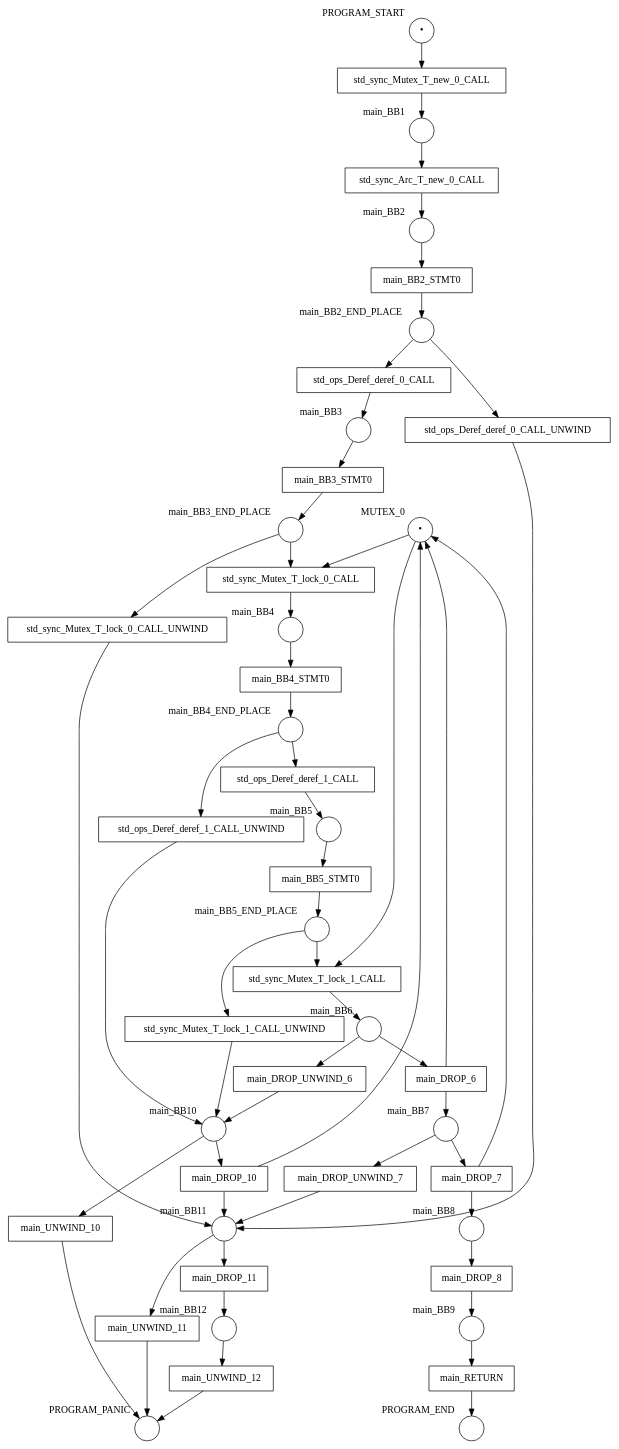
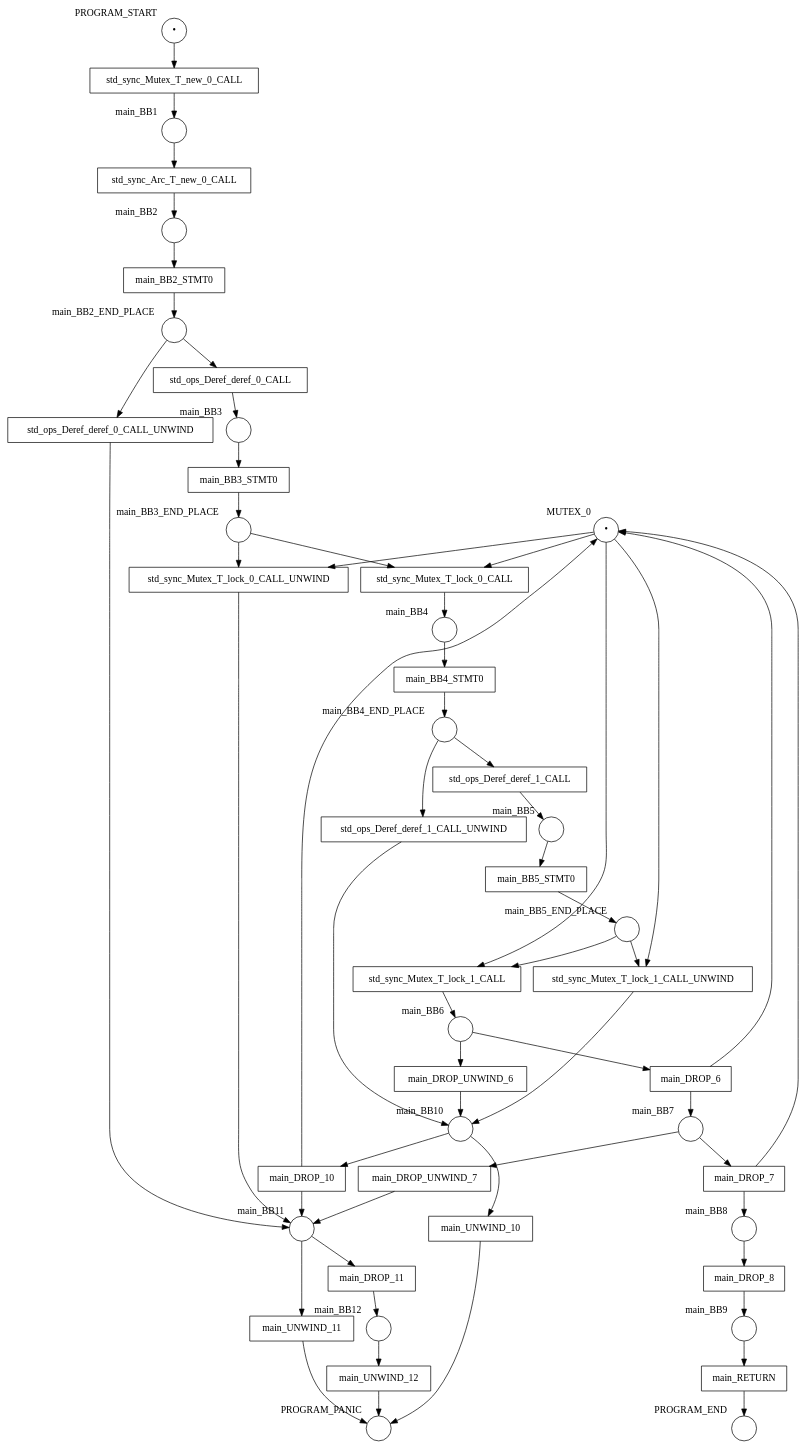
The diagram in examples/results/mutex/double_lock_deadlock_with_arc/net.dot (hlisdero/cargo-check-deadlock), drawn with Graphviz before and after one commit. The commit also changed 20 other files, not shown here.

First line of the commit message:
Fix bug: Connect the mutex to the cleanup transition of the `lock` function

```diff
--- a/examples/results/mutex/double_lock_deadlock_with_arc/net.dot
+++ b/examples/results/mutex/double_lock_deadlock_with_arc/net.dot
@@ -1,102 +1,104 @@
 digraph petrinet {
     MUTEX_0 [shape="circle" xlabel="MUTEX_0" label="•"];
     PROGRAM_END [shape="circle" xlabel="PROGRAM_END" label=""];
     PROGRAM_PANIC [shape="circle" xlabel="PROGRAM_PANIC" label=""];
     PROGRAM_START [shape="circle" xlabel="PROGRAM_START" label="•"];
     main_BB1 [shape="circle" xlabel="main_BB1" label=""];
     main_BB10 [shape="circle" xlabel="main_BB10" label=""];
     main_BB11 [shape="circle" xlabel="main_BB11" label=""];
     main_BB12 [shape="circle" xlabel="main_BB12" label=""];
     main_BB2 [shape="circle" xlabel="main_BB2" label=""];
     main_BB2_END_PLACE [shape="circle" xlabel="main_BB2_END_PLACE" label=""];
     main_BB3 [shape="circle" xlabel="main_BB3" label=""];
     main_BB3_END_PLACE [shape="circle" xlabel="main_BB3_END_PLACE" label=""];
     main_BB4 [shape="circle" xlabel="main_BB4" label=""];
     main_BB4_END_PLACE [shape="circle" xlabel="main_BB4_END_PLACE" label=""];
     main_BB5 [shape="circle" xlabel="main_BB5" label=""];
     main_BB5_END_PLACE [shape="circle" xlabel="main_BB5_END_PLACE" label=""];
     main_BB6 [shape="circle" xlabel="main_BB6" label=""];
     main_BB7 [shape="circle" xlabel="main_BB7" label=""];
     main_BB8 [shape="circle" xlabel="main_BB8" label=""];
     main_BB9 [shape="circle" xlabel="main_BB9" label=""];
     main_BB2_STMT0 [shape="box" xlabel="" label="main_BB2_STMT0"];
     main_BB3_STMT0 [shape="box" xlabel="" label="main_BB3_STMT0"];
     main_BB4_STMT0 [shape="box" xlabel="" label="main_BB4_STMT0"];
     main_BB5_STMT0 [shape="box" xlabel="" label="main_BB5_STMT0"];
     main_DROP_10 [shape="box" xlabel="" label="main_DROP_10"];
     main_DROP_11 [shape="box" xlabel="" label="main_DROP_11"];
     main_DROP_6 [shape="box" xlabel="" label="main_DROP_6"];
     main_DROP_7 [shape="box" xlabel="" label="main_DROP_7"];
     main_DROP_8 [shape="box" xlabel="" label="main_DROP_8"];
     main_DROP_UNWIND_6 [shape="box" xlabel="" label="main_DROP_UNWIND_6"];
     main_DROP_UNWIND_7 [shape="box" xlabel="" label="main_DROP_UNWIND_7"];
     main_RETURN [shape="box" xlabel="" label="main_RETURN"];
     main_UNWIND_10 [shape="box" xlabel="" label="main_UNWIND_10"];
     main_UNWIND_11 [shape="box" xlabel="" label="main_UNWIND_11"];
     main_UNWIND_12 [shape="box" xlabel="" label="main_UNWIND_12"];
     std_ops_Deref_deref_0_CALL [shape="box" xlabel="" label="std_ops_Deref_deref_0_CALL"];
     std_ops_Deref_deref_0_CALL_UNWIND [shape="box" xlabel="" label="std_ops_Deref_deref_0_CALL_UNWIND"];
     std_ops_Deref_deref_1_CALL [shape="box" xlabel="" label="std_ops_Deref_deref_1_CALL"];
     std_ops_Deref_deref_1_CALL_UNWIND [shape="box" xlabel="" label="std_ops_Deref_deref_1_CALL_UNWIND"];
     std_sync_Arc_T_new_0_CALL [shape="box" xlabel="" label="std_sync_Arc_T_new_0_CALL"];
     std_sync_Mutex_T_lock_0_CALL [shape="box" xlabel="" label="std_sync_Mutex_T_lock_0_CALL"];
     std_sync_Mutex_T_lock_0_CALL_UNWIND [shape="box" xlabel="" label="std_sync_Mutex_T_lock_0_CALL_UNWIND"];
     std_sync_Mutex_T_lock_1_CALL [shape="box" xlabel="" label="std_sync_Mutex_T_lock_1_CALL"];
     std_sync_Mutex_T_lock_1_CALL_UNWIND [shape="box" xlabel="" label="std_sync_Mutex_T_lock_1_CALL_UNWIND"];
     std_sync_Mutex_T_new_0_CALL [shape="box" xlabel="" label="std_sync_Mutex_T_new_0_CALL"];
     MUTEX_0 -> std_sync_Mutex_T_lock_0_CALL;
+    MUTEX_0 -> std_sync_Mutex_T_lock_0_CALL_UNWIND;
     MUTEX_0 -> std_sync_Mutex_T_lock_1_CALL;
+    MUTEX_0 -> std_sync_Mutex_T_lock_1_CALL_UNWIND;
     PROGRAM_START -> std_sync_Mutex_T_new_0_CALL;
     main_BB1 -> std_sync_Arc_T_new_0_CALL;
     main_BB10 -> main_DROP_10;
     main_BB10 -> main_UNWIND_10;
     main_BB11 -> main_DROP_11;
     main_BB11 -> main_UNWIND_11;
     main_BB12 -> main_UNWIND_12;
     main_BB2 -> main_BB2_STMT0;
     main_BB2_END_PLACE -> std_ops_Deref_deref_0_CALL;
     main_BB2_END_PLACE -> std_ops_Deref_deref_0_CALL_UNWIND;
     main_BB3 -> main_BB3_STMT0;
     main_BB3_END_PLACE -> std_sync_Mutex_T_lock_0_CALL;
     main_BB3_END_PLACE -> std_sync_Mutex_T_lock_0_CALL_UNWIND;
     main_BB4 -> main_BB4_STMT0;
     main_BB4_END_PLACE -> std_ops_Deref_deref_1_CALL;
     main_BB4_END_PLACE -> std_ops_Deref_deref_1_CALL_UNWIND;
     main_BB5 -> main_BB5_STMT0;
     main_BB5_END_PLACE -> std_sync_Mutex_T_lock_1_CALL;
     main_BB5_END_PLACE -> std_sync_Mutex_T_lock_1_CALL_UNWIND;
     main_BB6 -> main_DROP_6;
     main_BB6 -> main_DROP_UNWIND_6;
     main_BB7 -> main_DROP_7;
     main_BB7 -> main_DROP_UNWIND_7;
     main_BB8 -> main_DROP_8;
     main_BB9 -> main_RETURN;
     main_BB2_STMT0 -> main_BB2_END_PLACE;
     main_BB3_STMT0 -> main_BB3_END_PLACE;
     main_BB4_STMT0 -> main_BB4_END_PLACE;
     main_BB5_STMT0 -> main_BB5_END_PLACE;
     main_DROP_10 -> MUTEX_0;
     main_DROP_10 -> main_BB11;
     main_DROP_11 -> main_BB12;
     main_DROP_6 -> MUTEX_0;
     main_DROP_6 -> main_BB7;
     main_DROP_7 -> MUTEX_0;
     main_DROP_7 -> main_BB8;
     main_DROP_8 -> main_BB9;
     main_DROP_UNWIND_6 -> main_BB10;
     main_DROP_UNWIND_7 -> main_BB11;
     main_RETURN -> PROGRAM_END;
     main_UNWIND_10 -> PROGRAM_PANIC;
     main_UNWIND_11 -> PROGRAM_PANIC;
     main_UNWIND_12 -> PROGRAM_PANIC;
     std_ops_Deref_deref_0_CALL -> main_BB3;
     std_ops_Deref_deref_0_CALL_UNWIND -> main_BB11;
     std_ops_Deref_deref_1_CALL -> main_BB5;
     std_ops_Deref_deref_1_CALL_UNWIND -> main_BB10;
     std_sync_Arc_T_new_0_CALL -> main_BB2;
     std_sync_Mutex_T_lock_0_CALL -> main_BB4;
     std_sync_Mutex_T_lock_0_CALL_UNWIND -> main_BB11;
     std_sync_Mutex_T_lock_1_CALL -> main_BB6;
     std_sync_Mutex_T_lock_1_CALL_UNWIND -> main_BB10;
     std_sync_Mutex_T_new_0_CALL -> main_BB1;
 }
```
